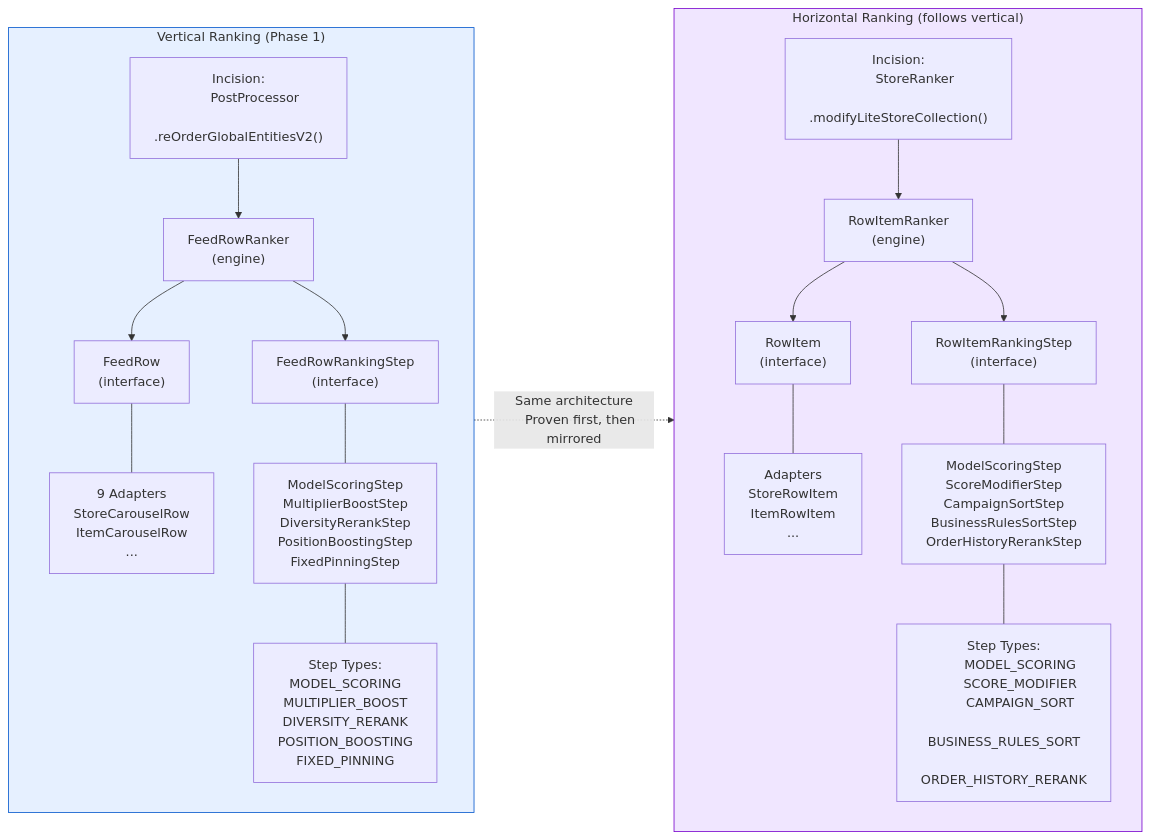
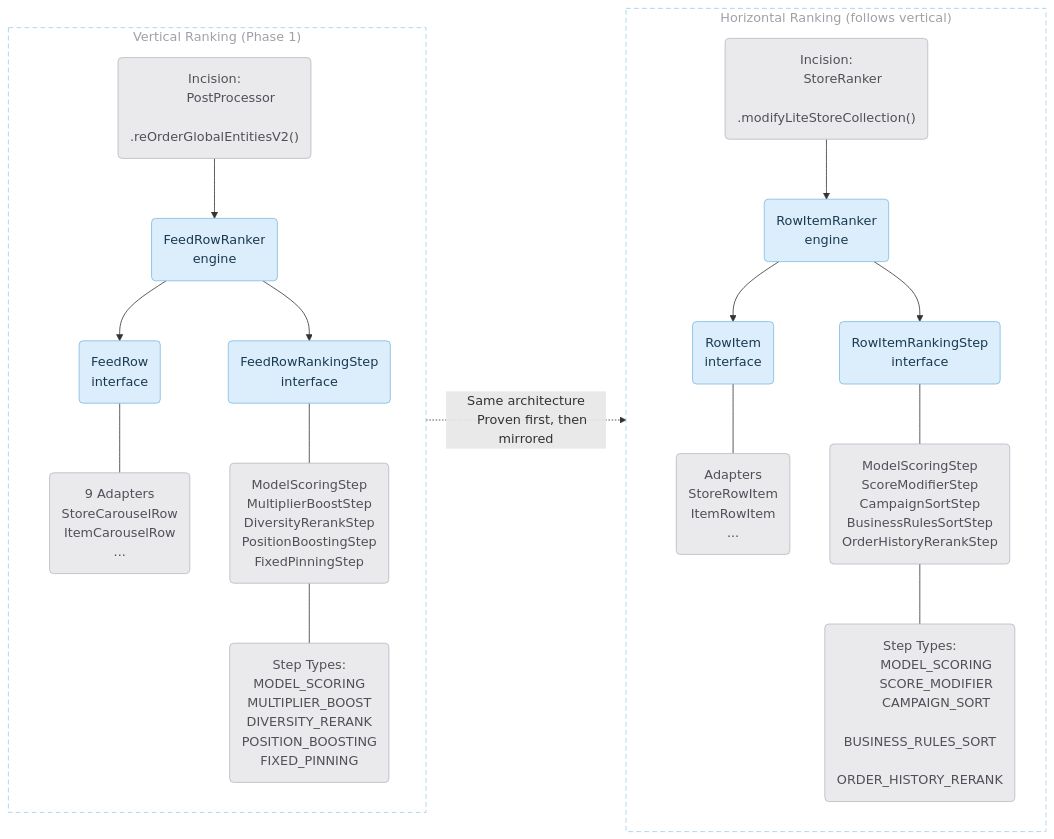
One commit to daniel-fonyo/dd-brain changed the fifth of 7 diagrams in unified-blending-platform/context/one-pager-diagrams.md. Above: the diagram before and after it, drawn with Mermaid. The commit also changed other lines of this file, not shown here.

First line of the commit message:
Restyle all 7 one-pager diagrams with design guidelines

````diff
--- a/unified-blending-platform/context/one-pager-diagrams.md
+++ b/unified-blending-platform/context/one-pager-diagrams.md
@@ -398,78 +412,82 @@
 ```mermaid
 flowchart LR
-    subgraph vertical["Vertical Ranking (Phase 1)"]
+    subgraph vertical["  Vertical Ranking (Phase 1)  "]
         direction TB
-        V_IF["FeedRow
-        (interface)"]
-        V_ADAPT["9 Adapters
+        V_IF("FeedRow
+        interface"):::step
+        V_ADAPT("9 Adapters
         StoreCarouselRow
         ItemCarouselRow
-        ..."]
-        V_STEP["FeedRowRankingStep
-        (interface)"]
-        V_IMPL["ModelScoringStep
+        ..."):::domain
+        V_STEP("FeedRowRankingStep
+        interface"):::step
+        V_IMPL("ModelScoringStep
         MultiplierBoostStep
         DiversityRerankStep
         PositionBoostingStep
-        FixedPinningStep"]
-        V_TYPES["Step Types:
+        FixedPinningStep"):::domain
+        V_TYPES("Step Types:
         MODEL_SCORING
         MULTIPLIER_BOOST
         DIVERSITY_RERANK
         POSITION_BOOSTING
-        FIXED_PINNING"]
-        V_ENG["FeedRowRanker
-        (engine)"]
-        V_ENTRY["Incision:
+        FIXED_PINNING"):::domain
+        V_ENG("FeedRowRanker
+        engine"):::step
+        V_ENTRY("Incision:
         PostProcessor
-        .reOrderGlobalEntitiesV2()"]
+        .reOrderGlobalEntitiesV2()"):::domain
 
         V_ENTRY --> V_ENG
         V_ENG --> V_IF
         V_ENG --> V_STEP
         V_IF --- V_ADAPT
         V_STEP --- V_IMPL
         V_IMPL --- V_TYPES
     end
 
-    subgraph horizontal["Horizontal Ranking (follows vertical)"]
+    subgraph horizontal["  Horizontal Ranking (follows vertical)  "]
         direction TB
-        H_IF["RowItem
-        (interface)"]
-        H_ADAPT["Adapters
+        H_IF("RowItem
+        interface"):::step
+        H_ADAPT("Adapters
         StoreRowItem
         ItemRowItem
-        ..."]
-        H_STEP["RowItemRankingStep
-        (interface)"]
-        H_IMPL["ModelScoringStep
+        ..."):::domain
+        H_STEP("RowItemRankingStep
+        interface"):::step
+        H_IMPL("ModelScoringStep
         ScoreModifierStep
         CampaignSortStep
         BusinessRulesSortStep
-        OrderHistoryRerankStep"]
-        H_TYPES["Step Types:
+        OrderHistoryRerankStep"):::domain
+        H_TYPES("Step Types:
         MODEL_SCORING
         SCORE_MODIFIER
         CAMPAIGN_SORT
         BUSINESS_RULES_SORT
-        ORDER_HISTORY_RERANK"]
-        H_ENG["RowItemRanker
-        (engine)"]
-        H_ENTRY["Incision:
+        ORDER_HISTORY_RERANK"):::domain
+        H_ENG("RowItemRanker
+        engine"):::step
+        H_ENTRY("Incision:
         StoreRanker
-        .modifyLiteStoreCollection()"]
+        .modifyLiteStoreCollection()"):::domain
 
         H_ENTRY --> H_ENG
         H_ENG --> H_IF
         H_ENG --> H_STEP
         H_IF --- H_ADAPT
         H_STEP --- H_IMPL
         H_IMPL --- H_TYPES
     end
 
     vertical -.->|"Same architecture
     Proven first, then mirrored"| horizontal
 
-    style vertical fill:#e6f0ff,stroke:#0055cc
-    style horizontal fill:#f0e6ff,stroke:#7700cc
+    %% Blue = new interfaces/engines. Gray = existing code, implementations, step lists.
+    classDef domain fill:#EAEAED,stroke:#B8B8C2,color:#505058,stroke-width:1px
+    classDef step fill:#DCEEFB,stroke:#7BBCE0,color:#1A3A50,stroke-width:1px
+
+    style vertical fill:transparent,stroke:#A0CCE8,stroke-width:1px,stroke-dasharray:6 4,color:#A0A0A8
+    style horizontal fill:transparent,stroke:#A0CCE8,stroke-width:1px,stroke-dasharray:6 4,color:#A0A0A8
 ```
````
